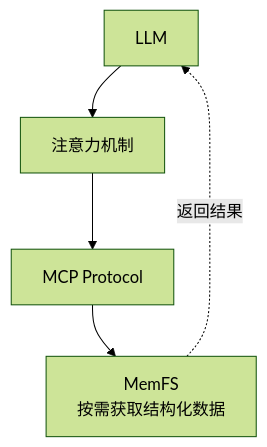
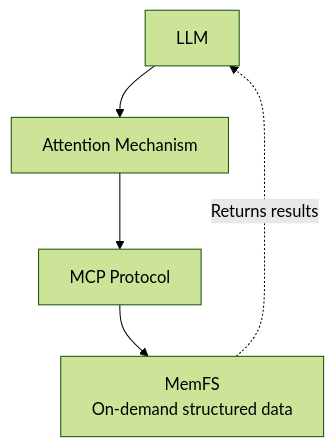
One commit to Qtgcy08/MemFS changed the diagram in README.md. Above: the diagram before and after it, drawn with Mermaid (forest theme). The commit also changed other lines of this file and 1 other file, not shown here.

````diff
--- a/README.md
+++ b/README.md
@@ -91,10 +93,10 @@
 ```mermaid
 flowchart TD
     LLM["LLM"]
-    ATT["注意力机制"]
+    ATT["Attention Mechanism"]
     MCP["MCP Protocol"]
-    MEM["MemFS\n按需获取结构化数据"]
+    MEM["MemFS\nOn-demand structured data"]
 
     LLM --> ATT --> MCP --> MEM
-    MEM -.-> |返回结果| LLM
+    MEM -.-> |Returns results| LLM
 ```
````
